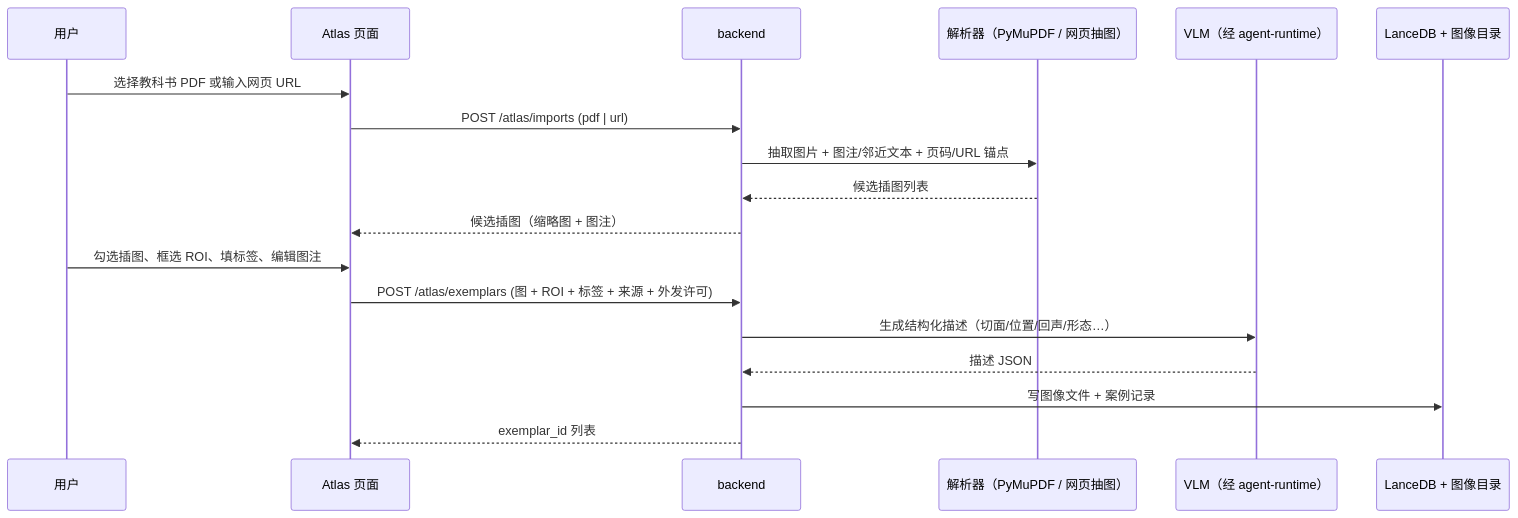
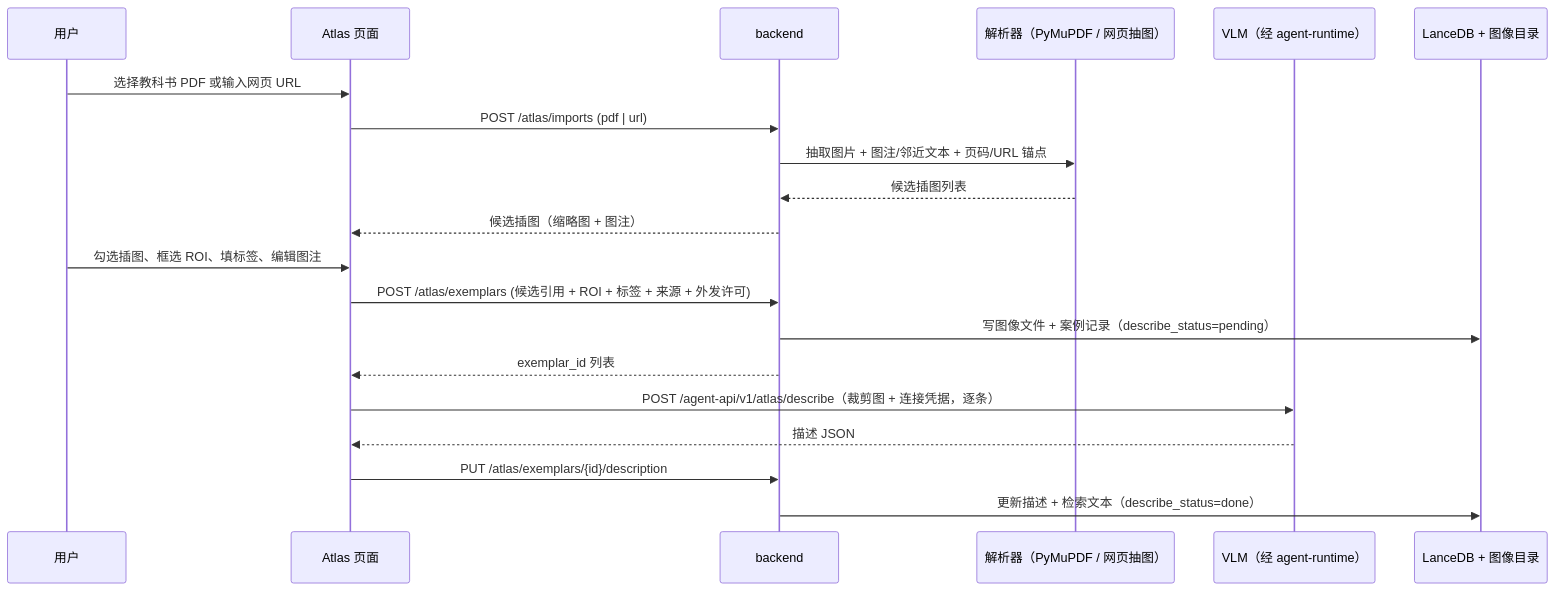
One commit to zhentai-sn/open-glaux changed the first of 3 diagrams in docs/sdd/feats/03-atlas/README.md. Above: the diagram before and after it, drawn with Mermaid. The commit also changed other lines of this file and 15 other files, not shown here.

````diff
--- a/docs/sdd/feats/03-atlas/README.md
+++ b/docs/sdd/feats/03-atlas/README.md
@@ -118,21 +118,23 @@
 ```mermaid
 sequenceDiagram
     participant U as 用户
     participant F as Atlas 页面
     participant B as backend
     participant P as 解析器（PyMuPDF / 网页抽图）
     participant V as VLM（经 agent-runtime）
     participant S as LanceDB + 图像目录
 
     U->>F: 选择教科书 PDF 或输入网页 URL
     F->>B: POST /atlas/imports (pdf | url)
     B->>P: 抽取图片 + 图注/邻近文本 + 页码/URL 锚点
     P-->>B: 候选插图列表
     B-->>F: 候选插图（缩略图 + 图注）
     U->>F: 勾选插图、框选 ROI、填标签、编辑图注
-    F->>B: POST /atlas/exemplars (图 + ROI + 标签 + 来源 + 外发许可)
-    B->>V: 生成结构化描述（切面/位置/回声/形态…）
-    V-->>B: 描述 JSON
-    B->>S: 写图像文件 + 案例记录
+    F->>B: POST /atlas/exemplars (候选引用 + ROI + 标签 + 来源 + 外发许可)
+    B->>S: 写图像文件 + 案例记录（describe_status=pending）
     B-->>F: exemplar_id 列表
+    F->>V: POST /agent-api/v1/atlas/describe（裁剪图 + 连接凭据，逐条）
+    V-->>F: 描述 JSON
+    F->>B: PUT /atlas/exemplars/{id}/description
+    B->>S: 更新描述 + 检索文本（describe_status=done）
 ```
````
